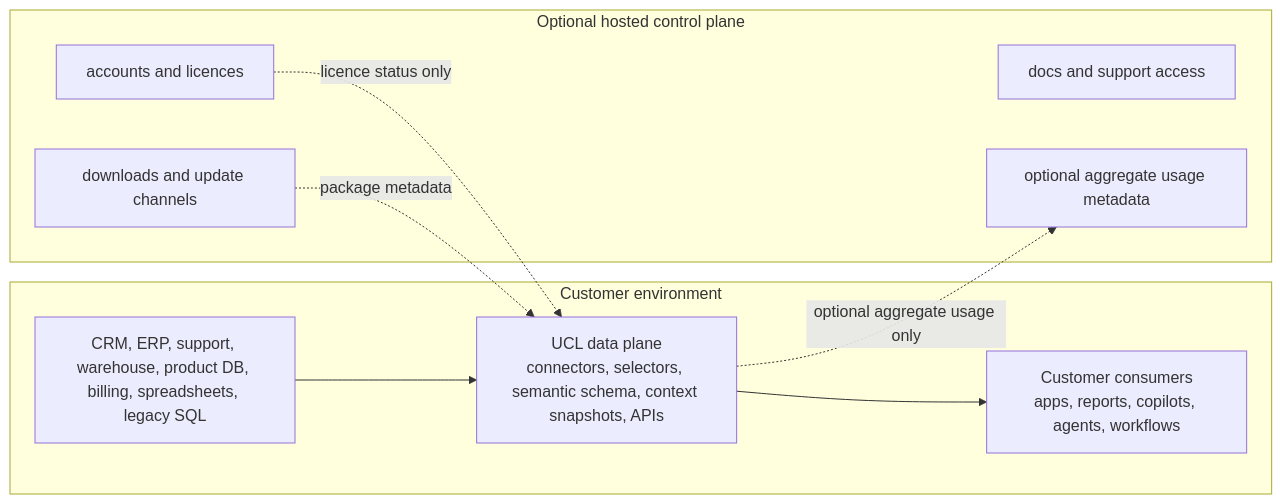
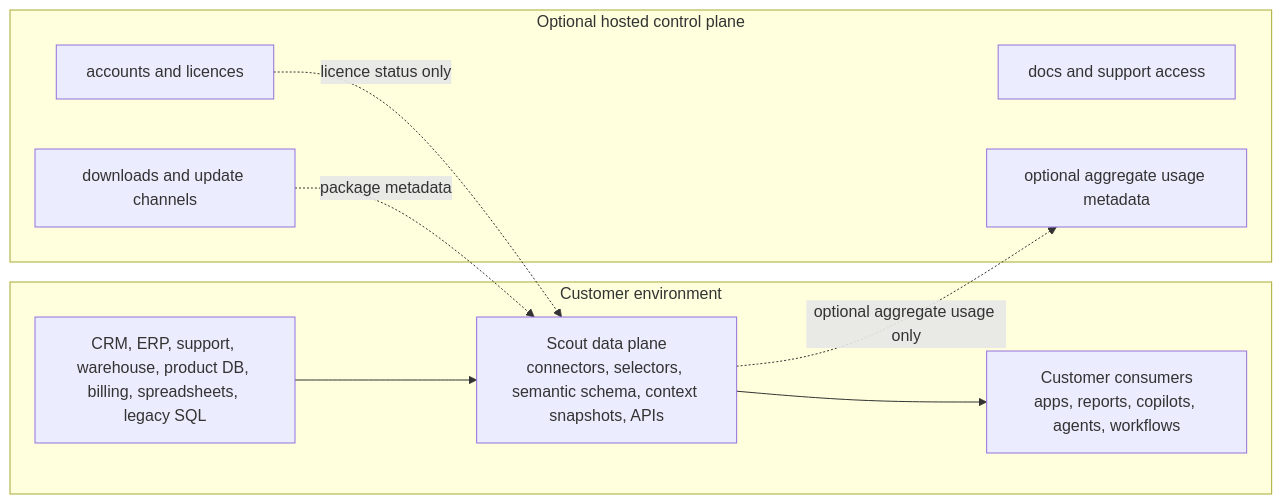
The diagram in docs/control-plane-data-plane.md (PaulJMaddison/scout), drawn with Mermaid before and after one commit. The commit also changed other lines of this file and 572 other files, not shown here.

````diff
--- a/docs/control-plane-data-plane.md
+++ b/docs/control-plane-data-plane.md
@@ -47,21 +47,21 @@
 ```mermaid
 flowchart LR
     subgraph Customer["Customer environment"]
         Sources["CRM, ERP, support, warehouse, product DB, billing, spreadsheets, legacy SQL"]
-        DataPlane["UCL data plane\nconnectors, selectors, semantic schema, context snapshots, APIs"]
+        DataPlane["Scout data plane\nconnectors, selectors, semantic schema, context snapshots, APIs"]
         Consumers["Customer consumers\napps, reports, copilots, agents, workflows"]
         Sources --> DataPlane
         DataPlane --> Consumers
     end
 
     subgraph Hosted["Optional hosted control plane"]
         Account["accounts and licences"]
         Downloads["downloads and update channels"]
         Support["docs and support access"]
         Usage["optional aggregate usage metadata"]
     end
 
     Account -. licence status only .-> DataPlane
     Downloads -. package metadata .-> DataPlane
     DataPlane -. optional aggregate usage only .-> Usage
 ```
````
